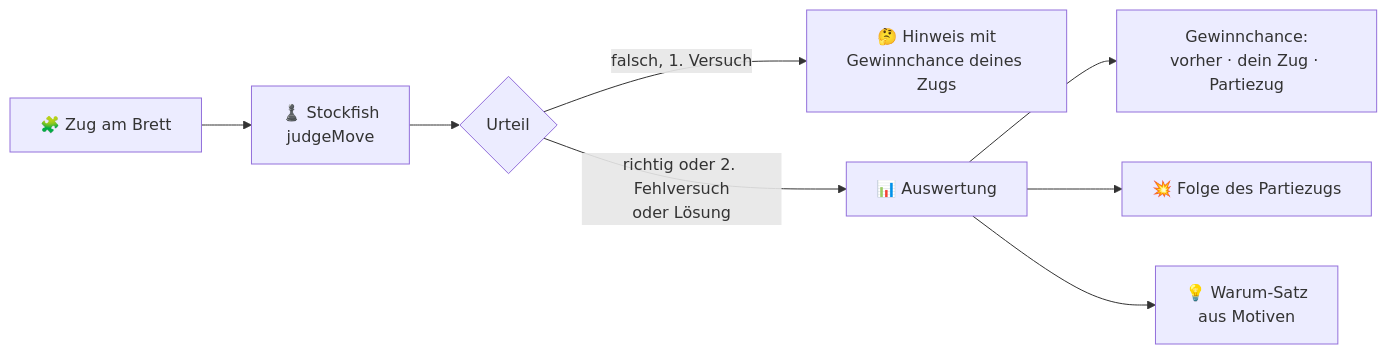
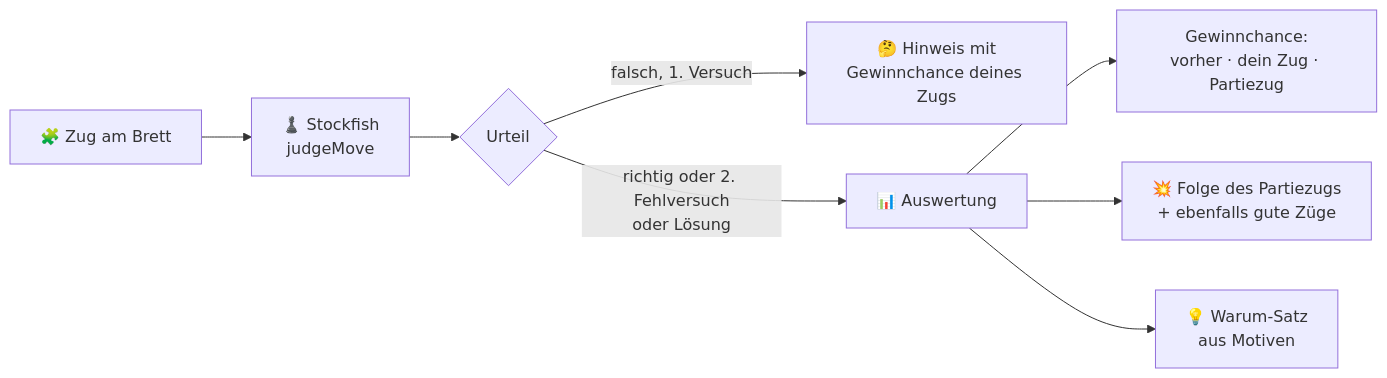
Before and after one commit to adubdubdub/chess-mentor-app: the third of 3 diagrams in README.md, drawn with Mermaid. The commit also changed 1 other file, not shown here.

Commit message:
Puzzles: ebenfalls gute Züge (unter 5 Punkten schwächer) mit Gewinnchance in der Auswertung

````diff
--- a/README.md
+++ b/README.md
@@ -76,10 +76,10 @@
 ```mermaid
 flowchart LR
     A["🧩 Zug am Brett"] --> B["♟️ Stockfish<br/>judgeMove"]
     B --> C{"Urteil"}
     C -- "falsch, 1. Versuch" --> D["🤔 Hinweis mit<br/>Gewinnchance deines Zugs"]
     C -- "richtig oder 2. Fehlversuch<br/>oder Lösung" --> E["📊 Auswertung"]
     E --> F["Gewinnchance:<br/>vorher · dein Zug · Partiezug"]
-    E --> G["💥 Folge des Partiezugs"]
+    E --> G["💥 Folge des Partiezugs<br/>+ ebenfalls gute Züge"]
     E --> H["💡 Warum-Satz<br/>aus Motiven"]
 ```
````
